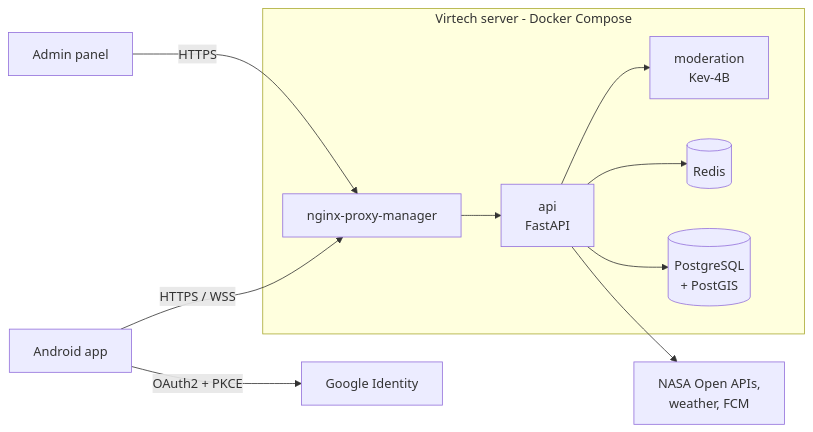
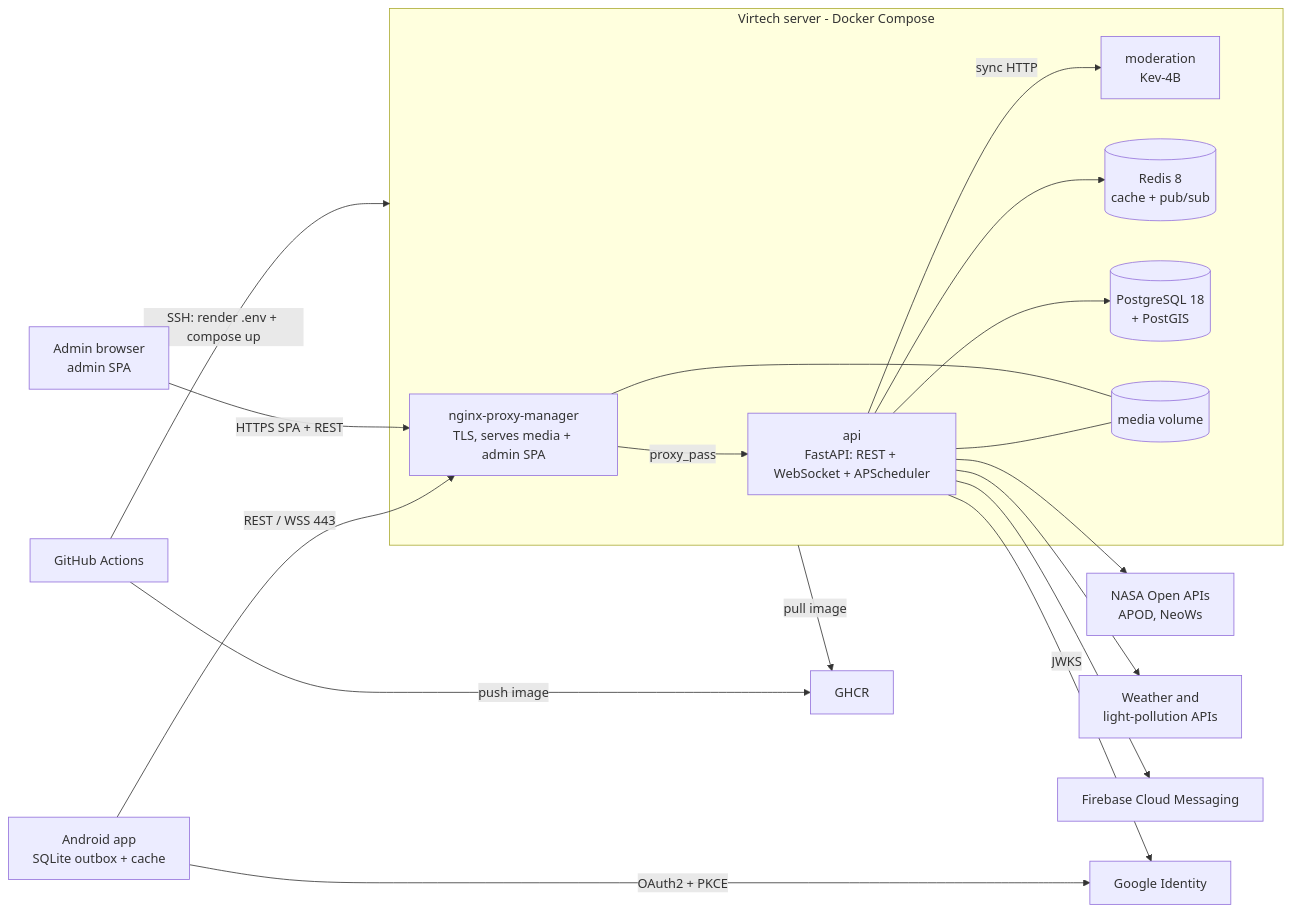
One commit to pes2627q1-21-gei-upc/perseida changed the diagram in README.md. Above: the diagram before and after it, drawn with Mermaid. The commit also changed other lines of this file and 3 other files, not shown here.

````diff
--- a/README.md
+++ b/README.md
@@ -33,18 +37,27 @@
 ```mermaid
 flowchart LR
-    PHONE[Android app] -- HTTPS / WSS --> NPM
-    ADMIN[Admin panel] -- HTTPS --> NPM
+    PHONE[Android app<br/>SQLite outbox + cache] -- REST / WSS 443 --> NPM
+    ADMIN[Admin browser<br/>admin SPA] -- HTTPS SPA + REST --> NPM
     subgraph VIRTECH[Virtech server - Docker Compose]
-        NPM[nginx-proxy-manager]
-        API[api<br/>FastAPI]
+        NPM[nginx-proxy-manager<br/>TLS, serves media + admin SPA]
+        API[api<br/>FastAPI: REST + WebSocket + APScheduler]
         MOD[moderation<br/>Kev-4B]
-        REDIS[(Redis)]
-        PG[(PostgreSQL<br/>+ PostGIS)]
-        NPM --> API
-        API --> MOD
+        REDIS[(Redis 8<br/>cache + pub/sub)]
+        PG[(PostgreSQL 18<br/>+ PostGIS)]
+        VOL[(media volume)]
+        NPM -- proxy_pass --> API
+        API -- sync HTTP --> MOD
         API --> REDIS
         API --> PG
+        API --- VOL
+        NPM --- VOL
     end
-    API --> EXT[NASA Open APIs,<br/>weather, FCM]
+    API --> NASA[NASA Open APIs<br/>APOD, NeoWs]
+    API --> OTHER[Weather and<br/>light-pollution APIs]
+    API --> FCM[Firebase Cloud Messaging]
     PHONE -- OAuth2 + PKCE --> GOOGLE[Google Identity]
+    API -- JWKS --> GOOGLE
+    GHA[GitHub Actions] -- push image --> GHCR[GHCR]
+    GHA -- SSH: render .env + compose up --> VIRTECH
+    VIRTECH -- pull image --> GHCR
 ```
````
